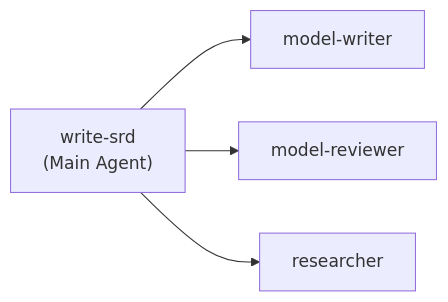
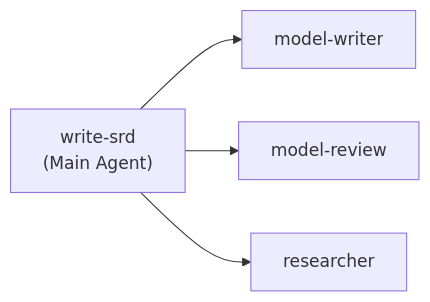
One commit to gabemahoney/SDLC changed the first of 6 diagrams in docs/who-runs-which-skill.md. Above: the diagram before and after it, drawn with Mermaid. The commit also changed 20 other files, not shown here.

````diff
--- a/docs/who-runs-which-skill.md
+++ b/docs/who-runs-which-skill.md
@@ -9,7 +9,7 @@
 ```mermaid
 flowchart LR
   M["write-srd<br/>(Main Agent)"]
   M --> C0["model-writer"]
-  M --> C1["model-reviewer"]
+  M --> C1["model-review"]
   M --> C2["researcher"]
 ```
````
